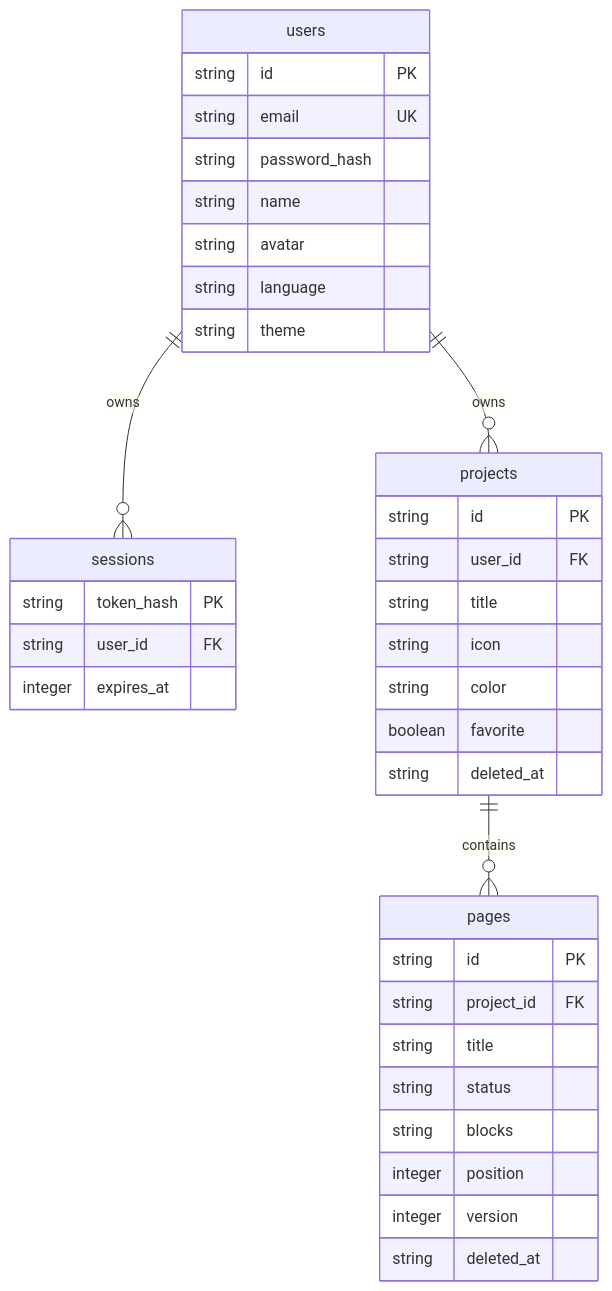
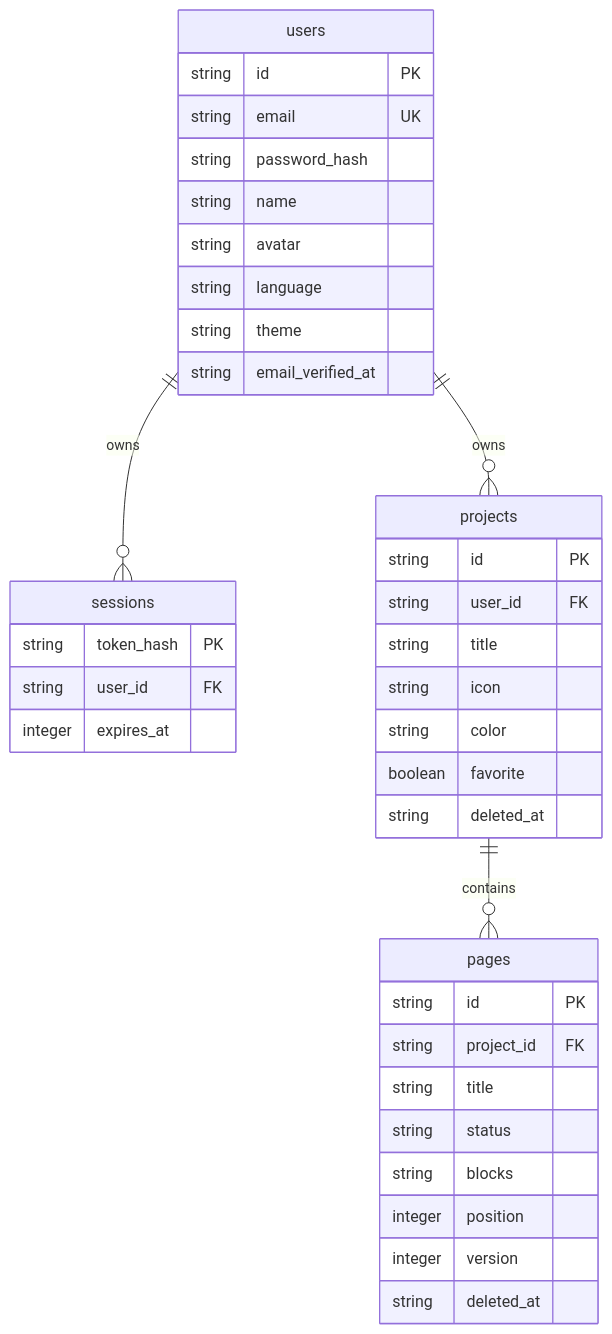
Before and after one commit to mralexis99r/Nodo: the diagram in docs/architecture.md, drawn with Mermaid. The commit also changed other lines of this file and 18 other files, not shown here.

````diff
--- a/docs/architecture.md
+++ b/docs/architecture.md
@@ -9,39 +9,40 @@
 ```mermaid
 erDiagram
   users ||--o{ sessions : owns
   users ||--o{ projects : owns
   projects ||--o{ pages : contains
   users {
     string id PK
     string email UK
     string password_hash
     string name
     string avatar
     string language
     string theme
+    string email_verified_at
   }
   sessions {
     string token_hash PK
     string user_id FK
     integer expires_at
   }
   projects {
     string id PK
     string user_id FK
     string title
     string icon
     string color
     boolean favorite
     string deleted_at
   }
   pages {
     string id PK
     string project_id FK
     string title
     string status
     string blocks
     integer position
     integer version
     string deleted_at
   }
 ```
````
